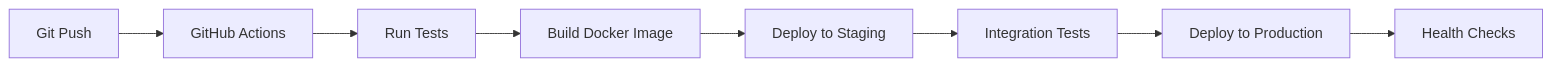
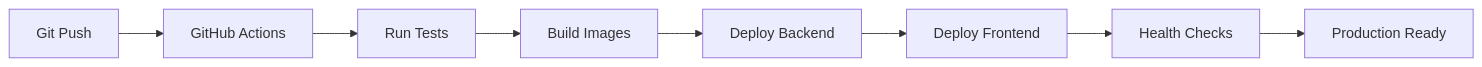
The sixth of 6 diagrams in backend/docs/architecture/README.md (Sbcoit/forked-ai-agent-education-platform), drawn with Mermaid before and after one commit. The commit also changed other lines of this file and 5 other files, not shown here.

````diff
--- a/backend/docs/architecture/README.md
+++ b/backend/docs/architecture/README.md
@@ -377,10 +381,10 @@
 ```mermaid
 graph LR
     A[Git Push] --> B[GitHub Actions]
     B --> C[Run Tests]
-    C --> D[Build Docker Image]
-    D --> E[Deploy to Staging]
-    E --> F[Integration Tests]
-    F --> G[Deploy to Production]
-    G --> H[Health Checks]
+    C --> D[Build Images]
+    D --> E[Deploy Backend]
+    E --> F[Deploy Frontend]
+    F --> G[Health Checks]
+    G --> H[Production Ready]
 ```
````
